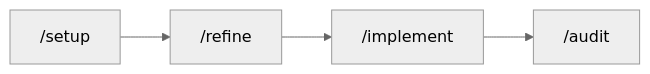
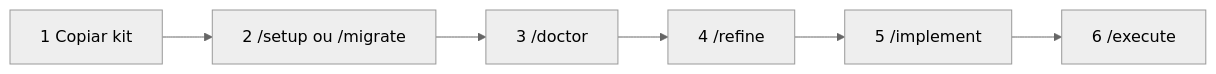
The diagram in .github/docs/assets/hyperion-journey-minimal.mmd (MatheusFelipeCorrea/Dev-Kit), drawn with Mermaid (neutral theme) before and after one commit. The commit also changed 50 other files, not shown here.

```diff
--- a/.github/docs/assets/hyperion-journey-minimal.mmd
+++ b/.github/docs/assets/hyperion-journey-minimal.mmd
@@ -1,4 +1,6 @@
 flowchart LR
-  A["/setup"] --> B["/refine"]
-  B --> C["/implement"]
-  C --> D["/audit"]
+  A["1 Copiar kit"] --> B["2 /setup ou /migrate"]
+  B --> C["3 /doctor"]
+  C --> D["4 /refine"]
+  D --> E["5 /implement"]
+  E --> F["6 /execute"]
```
